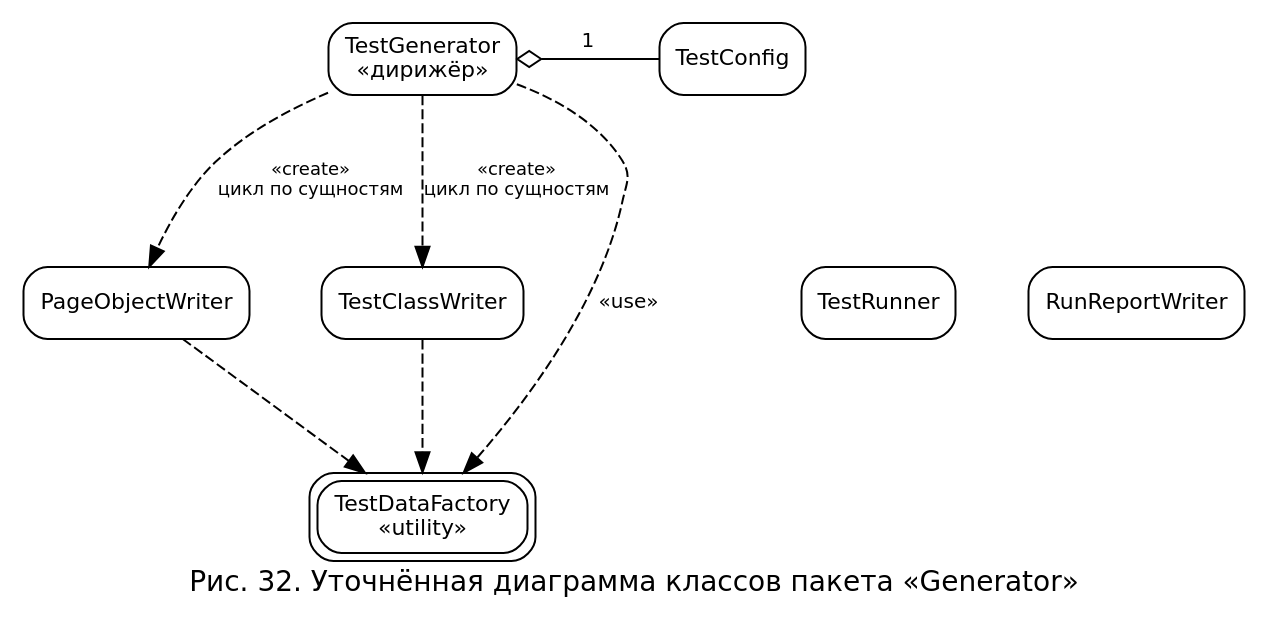
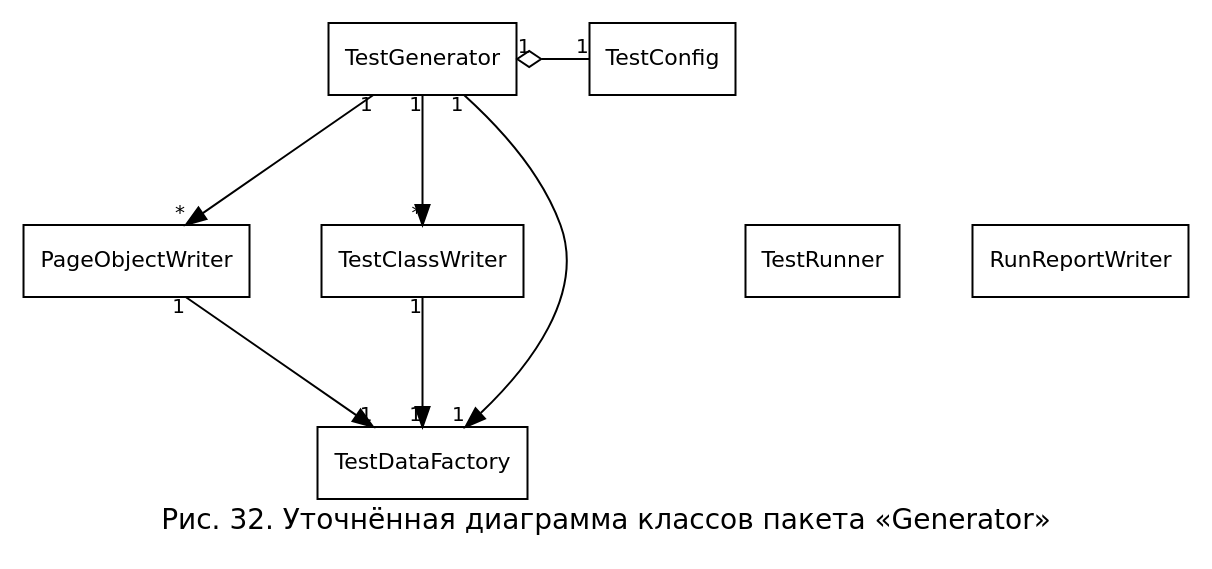
The diagram in diagrams/cls_generator_refined.dot (nastolbov/AutoTestGeneratorUpdate), drawn with Graphviz before and after one commit. The commit also changed 45 other files, not shown here.

```diff
--- a/diagrams/cls_generator_refined.dot
+++ b/diagrams/cls_generator_refined.dot
@@ -1,26 +1,26 @@
-digraph Gen {
+digraph GR {
     rankdir=TB; fontname="DejaVu Sans"; fontsize=14;
     label="Рис. 32. Уточнённая диаграмма классов пакета «Generator»"; labelloc=b;
     nodesep=0.5; ranksep=0.9;
-    node [fontname="DejaVu Sans", fontsize=11, shape=box, style="rounded,filled", fillcolor=white];
+    node [fontname="DejaVu Sans", fontsize=11, shape=box, style=filled, fillcolor=white];
     edge [color=black, fontname="DejaVu Sans", fontsize=10];
 
-    TestConfig       [label="TestConfig"];
-    TestGenerator    [label="TestGenerator\n«дирижёр»"];
-    PageObjectWriter [label="PageObjectWriter"];
-    TestClassWriter  [label="TestClassWriter"];
-    TestDataFactory  [peripheries=2, label="TestDataFactory\n«utility»"];
-    TestRunner       [label="TestRunner"];
-    RunReportWriter  [label="RunReportWriter"];
+    TC  [label="TestConfig"];
+    TG  [label="TestGenerator"];
+    POW [label="PageObjectWriter"];
+    TCW [label="TestClassWriter"];
+    TDF [label="TestDataFactory"];
+    TR  [label="TestRunner"];
+    RRW [label="RunReportWriter"];
 
-    TestGenerator -> TestConfig [arrowtail=odiamond, dir=back, label="1"];
-    TestGenerator -> PageObjectWriter [style=dashed, label="«create»\nцикл по сущностям", fontsize=9];
-    TestGenerator -> TestClassWriter  [style=dashed, label="«create»\nцикл по сущностям", fontsize=9];
-    TestGenerator -> TestDataFactory  [style=dashed, label="«use»"];
-    PageObjectWriter -> TestDataFactory [style=dashed];
-    TestClassWriter  -> TestDataFactory [style=dashed];
+    TG -> TC  [arrowtail=odiamond, dir=back, taillabel="1", headlabel="1"];
+    TG -> POW [taillabel="1", headlabel="*"];
+    TG -> TCW [taillabel="1", headlabel="*"];
+    TG -> TDF [taillabel="1", headlabel="1"];
+    POW -> TDF [taillabel="1", headlabel="1"];
+    TCW -> TDF [taillabel="1", headlabel="1"];
 
-    { rank=same; TestConfig; TestGenerator; }
-    { rank=same; PageObjectWriter; TestClassWriter; TestRunner; RunReportWriter; }
-    { rank=same; TestDataFactory; }
+    { rank=same; TC; TG; }
+    { rank=same; POW; TCW; TR; RRW; }
+    { rank=same; TDF; }
 }
```
